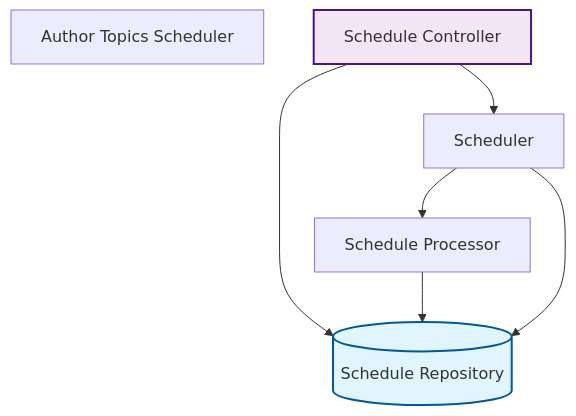
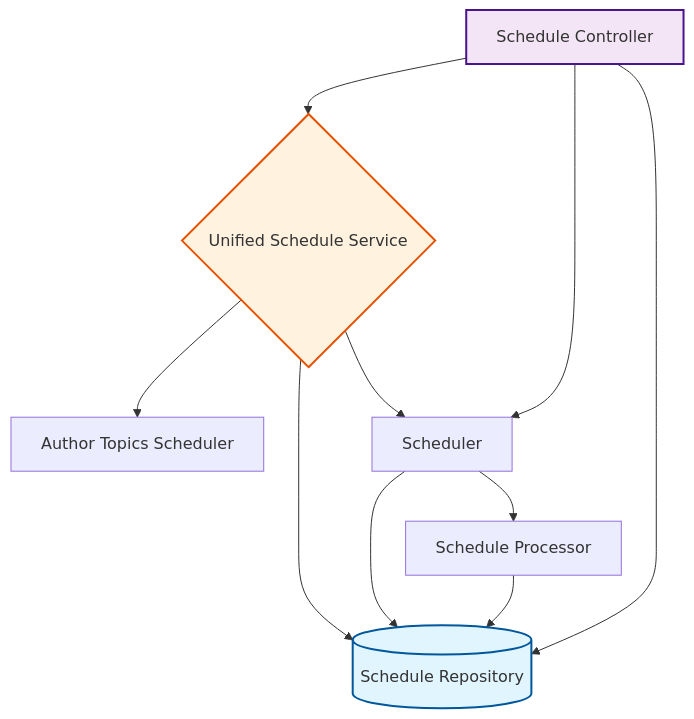
One commit to rpnunez/wp-ai-scheduler changed the third of 10 diagrams in docs/feature-report.md. Above: the diagram before and after it, drawn with Mermaid. The commit also changed other lines of this file and 3 other files, not shown here.

````diff
--- a/docs/feature-report.md
+++ b/docs/feature-report.md
@@ -142,22 +143,28 @@
 ```mermaid
 flowchart TD
     %% Scheduling & Automation Architecture
 
     Author_Topics_Scheduler["Author Topics Scheduler"]
     Schedule_Controller["Schedule Controller"]
     Schedule_Processor["Schedule Processor"]
     Schedule_Repository[("Schedule Repository")]
     Scheduler["Scheduler"]
+    Unified_Schedule_Service{"Unified Schedule Service"}
 
+    Schedule_Controller --> Scheduler
     Schedule_Controller --> Schedule_Repository
-    Schedule_Controller --> Scheduler
+    Schedule_Controller --> Unified_Schedule_Service
     Schedule_Processor --> Schedule_Repository
+    Scheduler --> Schedule_Repository
     Scheduler --> Schedule_Processor
-    Scheduler --> Schedule_Repository
+    Unified_Schedule_Service --> Scheduler
+    Unified_Schedule_Service --> Author_Topics_Scheduler
+    Unified_Schedule_Service --> Schedule_Repository
 
     classDef repository fill:#e1f5ff,stroke:#01579b,stroke-width:2px
     classDef service fill:#fff3e0,stroke:#e65100,stroke-width:2px
     classDef controller fill:#f3e5f5,stroke:#4a148c,stroke-width:2px
     class Schedule_Repository repository
+    class Unified_Schedule_Service service
     class Schedule_Controller controller
 ```
````
